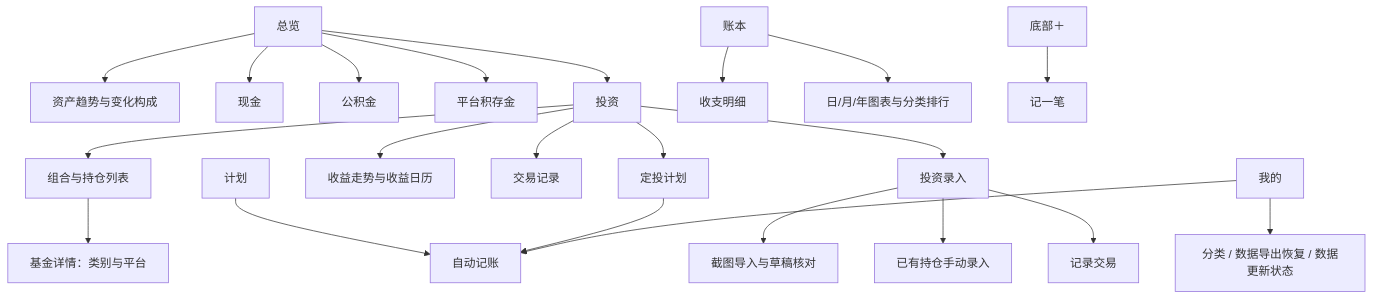
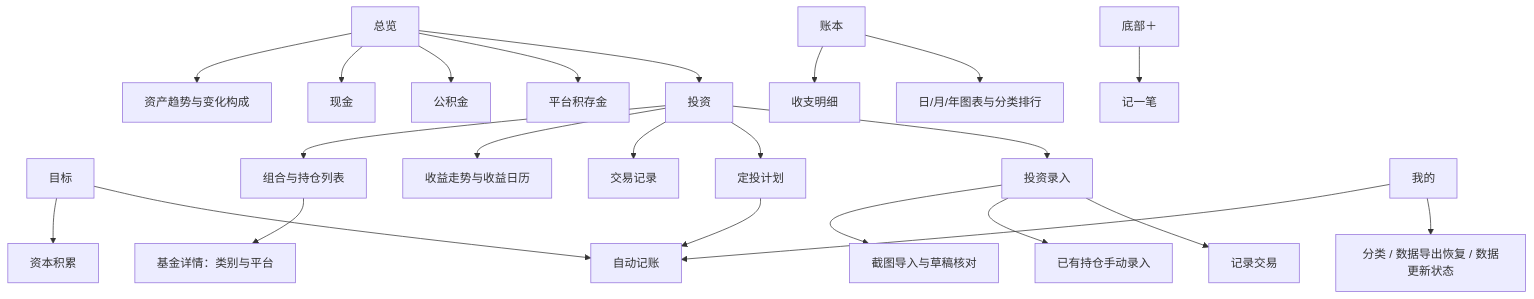
One commit to zhousl0801/LifeUp changed the first of 4 diagrams in docs/product/LifeUp-产品设计文档-V1.1.md. Above: the diagram before and after it, drawn with Mermaid. The commit also changed other lines of this file and 3 other files, not shown here.

````diff
--- a/docs/product/LifeUp-产品设计文档-V1.1.md
+++ b/docs/product/LifeUp-产品设计文档-V1.1.md
@@ -95,24 +97,25 @@
 ```mermaid
 flowchart TD
     Home[总览] --> Trend[资产趋势与变化构成]
     Home --> Cash[现金]
     Home --> PF[公积金]
     Home --> Gold[平台积存金]
     Home --> Invest[投资]
-    PlanNav[计划] --> Plans[自动记账]
+    PlanNav[目标] --> Capital[资本积累]
+    PlanNav --> Plans[自动记账]
     Ledger[账本] --> Details[收支明细]
     Ledger --> Charts[日/月/年图表与分类排行]
     Plus[底部＋] --> Entry[记一笔]
     Invest --> Holdings[组合与持仓列表]
     Holdings --> Fund[基金详情：类别与平台]
     Invest --> Returns[收益走势与收益日历]
     Invest --> Trades[交易记录]
     Invest --> Recurring[定投计划]
     Invest --> Add[投资录入]
     Add --> Import[截图导入与草稿核对]
     Add --> Manual[已有持仓手动录入]
     Add --> Trade[记录交易]
     Recurring --> Plans
     Mine[我的] --> Plans
     Mine --> Settings[分类 / 数据导出恢复 / 数据更新状态]
 ```
````
